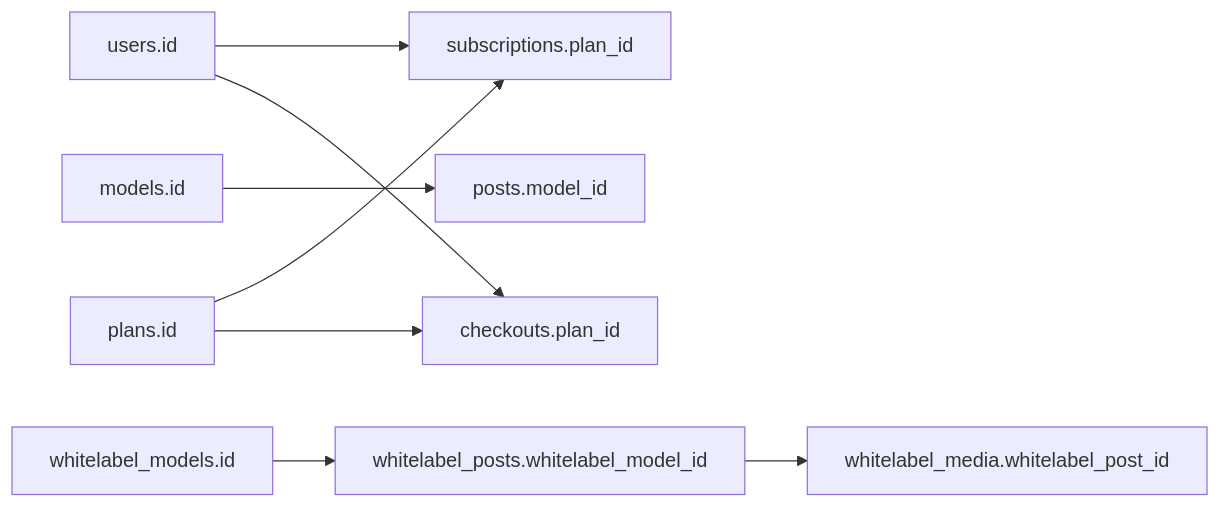
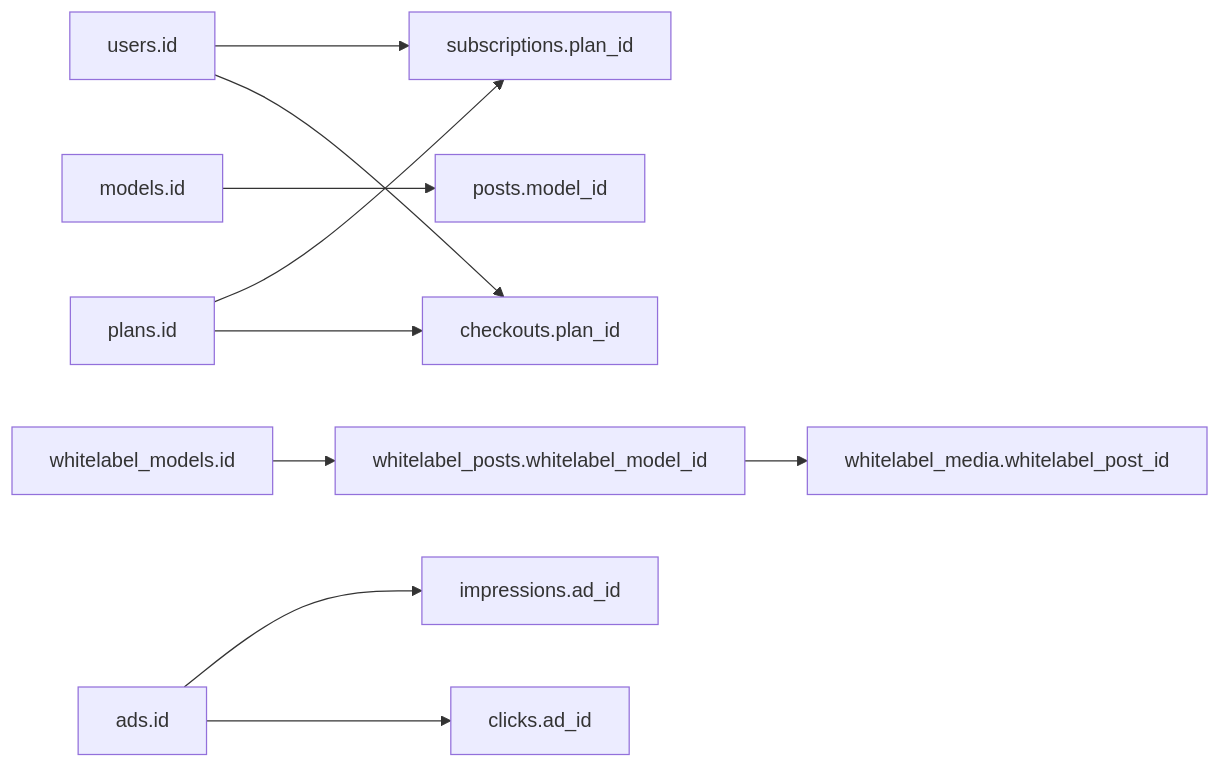
One commit to eromedrive2tb-gif/Avitrine changed the ninth of 9 diagrams in .qoder/repowiki/en/content/Database Design/Core Data Models/Core Data Models.md. Above: the diagram before and after it, drawn with Mermaid. The commit also changed other lines of this file and 18 other files, not shown here.

````diff
--- a/.qoder/repowiki/en/content/Database Design/Core Data Models/Core Data Models.md
+++ b/.qoder/repowiki/en/content/Database Design/Core Data Models/Core Data Models.md
@@ -516,10 +709,12 @@
 ```mermaid
 graph LR
 U["users.id"] --> S["subscriptions.user_id"]
 P["plans.id"] --> S["subscriptions.plan_id"]
 M["models.id"] --> Po["posts.model_id"]
 WLM["whitelabel_models.id"] --> WLP["whitelabel_posts.whitelabel_model_id"]
 WLP --> WLMed["whitelabel_media.whitelabel_post_id"]
 U --> CK["checkouts.user_id"]
 P --> CK["checkouts.plan_id"]
+AD["ads.id"] --> IMP["impressions.ad_id"]
+AD --> CLK["clicks.ad_id"]
 ```
````
